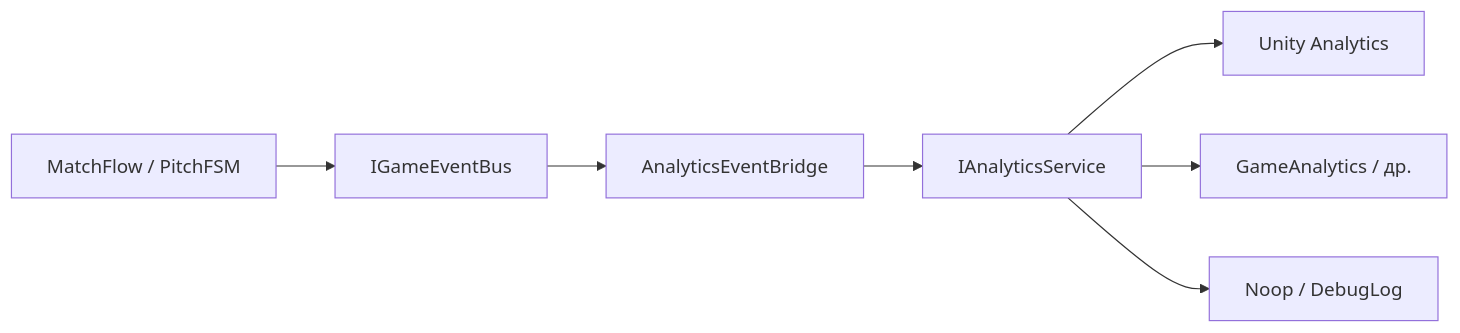
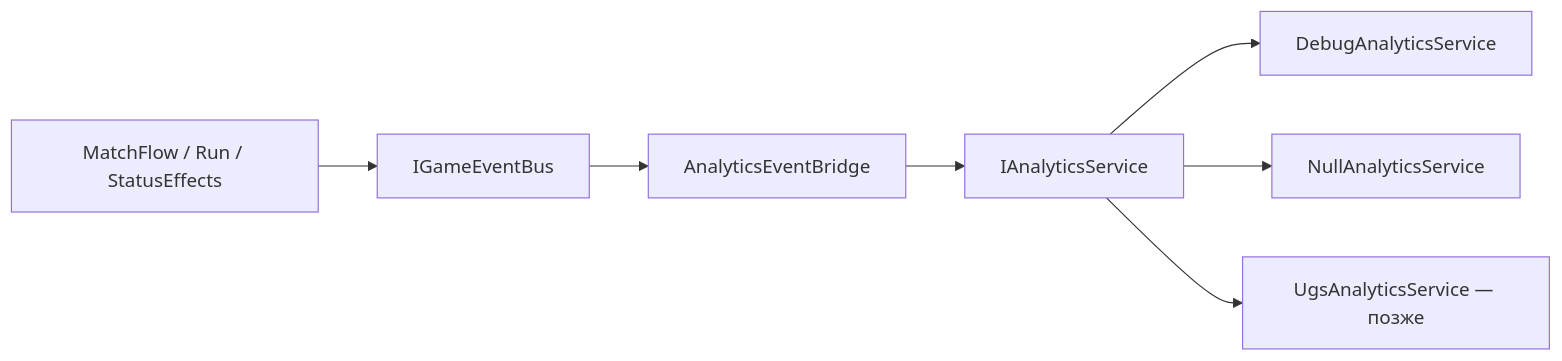
One commit to DeployChef/Futboloid changed the diagram in Wiki/FutboloidWiki/Архитектура/Аналитика.md. Above: the diagram before and after it, drawn with Mermaid. The commit also changed other lines of this file and 32 other files, not shown here.

````diff
--- a/Wiki/FutboloidWiki/Архитектура/Аналитика.md
+++ b/Wiki/FutboloidWiki/Архитектура/Аналитика.md
@@ -51,17 +45,17 @@
 ```mermaid
 flowchart LR
-    MF[MatchFlow / PitchFSM]
+    Domain[MatchFlow / Run / StatusEffects]
     Bus[IGameEventBus]
     Bridge[AnalyticsEventBridge]
     AS[IAnalyticsService]
-    P1[Unity Analytics]
-    P2[GameAnalytics / др.]
-    P3[Noop / DebugLog]
+    Debug[DebugAnalyticsService]
+    Null[NullAnalyticsService]
+    UGS[UgsAnalyticsService — позже]
 
-    MF --> Bus
+    Domain --> Bus
     Bus --> Bridge
     Bridge --> AS
-    AS --> P1
-    AS --> P2
-    AS --> P3
+    AS --> Debug
+    AS --> Null
+    AS --> UGS
 ```
````
